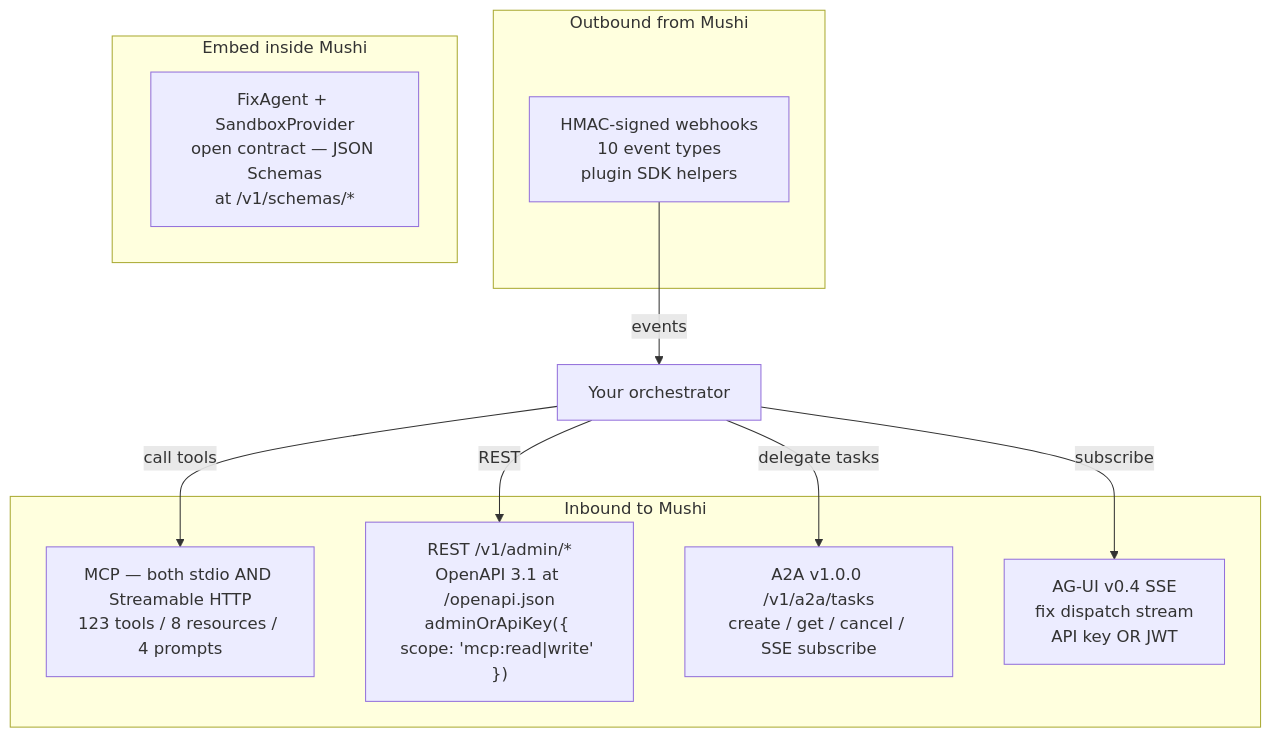
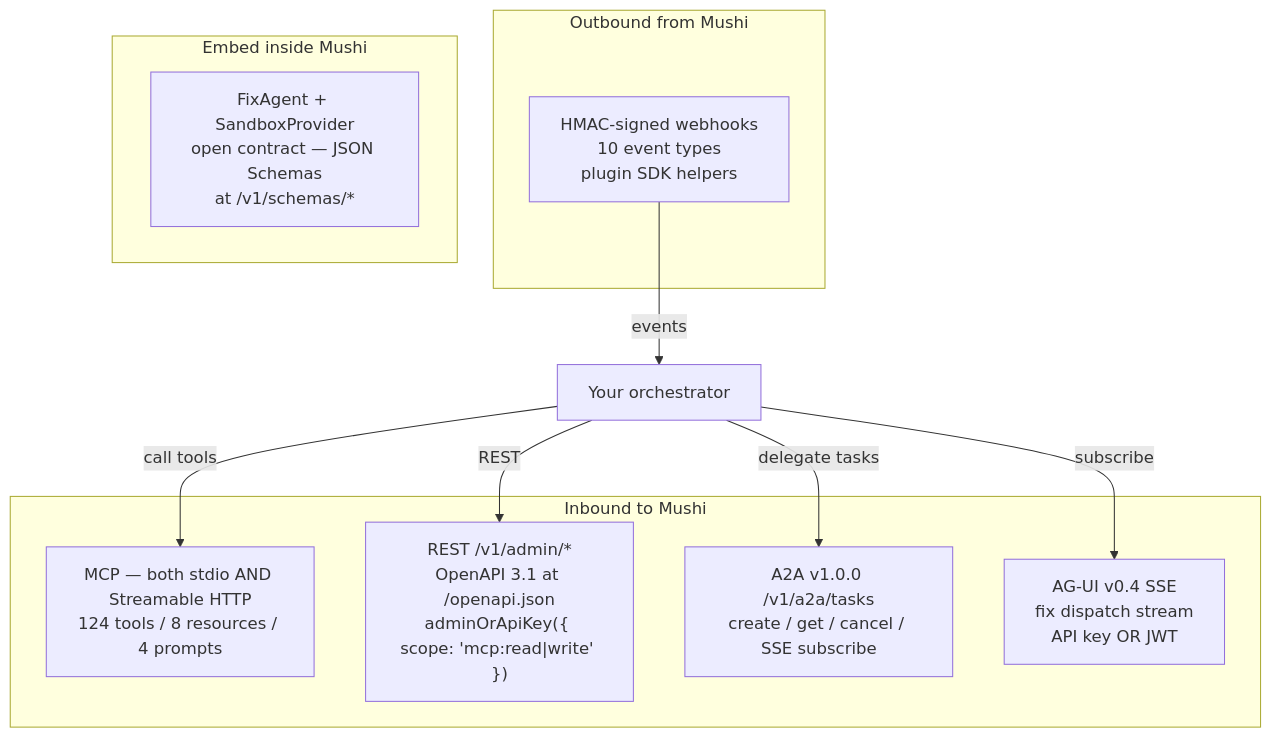
Before and after one commit to kensaurus/mushi-mushi: the diagram in apps/docs/content/concepts/orchestrator-interop.mdx, drawn with Mermaid. The commit also changed other lines of this file and 17 other files, not shown here.

Commit message:
docs(mcp): 124 tools everywhere; regenerate the tool doc, docs index and llms mirrors

````diff
--- a/apps/docs/content/concepts/orchestrator-interop.mdx
+++ b/apps/docs/content/concepts/orchestrator-interop.mdx
@@ -32,20 +32,20 @@
 ```mermaid
 flowchart TB
   subgraph Inbound["Inbound to Mushi"]
-    MCP["MCP — both stdio AND Streamable HTTP<br/>123 tools / 8 resources / 4 prompts"]
+    MCP["MCP — both stdio AND Streamable HTTP<br/>124 tools / 8 resources / 4 prompts"]
     REST["REST /v1/admin/*<br/>OpenAPI 3.1 at /openapi.json<br/>adminOrApiKey({ scope: 'mcp:read|write' })"]
     A2A["A2A v1.0.0 /v1/a2a/tasks<br/>create / get / cancel / SSE subscribe"]
     AGUI["AG-UI v0.4 SSE<br/>fix dispatch stream<br/>API key OR JWT"]
   end
   subgraph Outbound["Outbound from Mushi"]
     Hooks["HMAC-signed webhooks<br/>10 event types<br/>plugin SDK helpers"]
   end
   subgraph Native["Embed inside Mushi"]
     FA["FixAgent + SandboxProvider<br/>open contract — JSON Schemas<br/>at /v1/schemas/*"]
   end
   Orch["Your orchestrator"] -->|"call tools"| MCP
   Orch -->|"REST"| REST
   Orch -->|"delegate tasks"| A2A
   Orch -->|"subscribe"| AGUI
   Hooks -->|"events"| Orch
 ```
````
